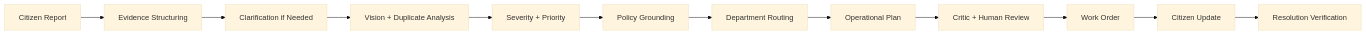
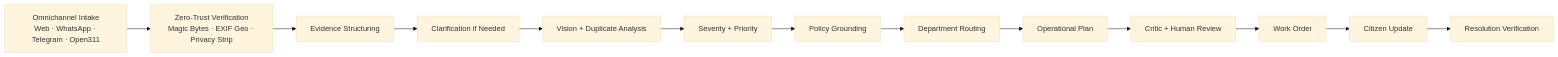
One commit to Dhruvg334/Civitas changed the first of 2 diagrams in README.md. Above: the diagram before and after it, drawn with Mermaid (base theme). The commit also changed other lines of this file and 12 other files, not shown here.

Commit message:
Add omnichannel WhatsApp/Telegram/Audio intake, Open311 GeoReport v2 adapter, EXIF geotag privacy extraction, and Render free tier deployment

````diff
--- a/README.md
+++ b/README.md
@@ -36,14 +36,15 @@
 ```mermaid
 flowchart LR
-    A[Citizen Report] --> B[Evidence Structuring]
-    B --> C[Clarification if Needed]
-    C --> D[Vision + Duplicate Analysis]
-    D --> E[Severity + Priority]
-    E --> F[Policy Grounding]
-    F --> G[Department Routing]
-    G --> H[Operational Plan]
-    H --> I[Critic + Human Review]
-    I --> J[Work Order]
-    J --> K[Citizen Update]
-    K --> L[Resolution Verification]
+    A[Omnichannel Intake<br/>Web · WhatsApp · Telegram · Open311] --> B[Zero-Trust Verification<br/>Magic Bytes · EXIF Geo · Privacy Strip]
+    B --> C[Evidence Structuring]
+    C --> D[Clarification if Needed]
+    D --> E[Vision + Duplicate Analysis]
+    E --> F[Severity + Priority]
+    F --> G[Policy Grounding]
+    G --> H[Department Routing]
+    H --> I[Operational Plan]
+    I --> J[Critic + Human Review]
+    J --> K[Work Order]
+    K --> L[Citizen Update]
+    L --> M[Resolution Verification]
 ```
````
